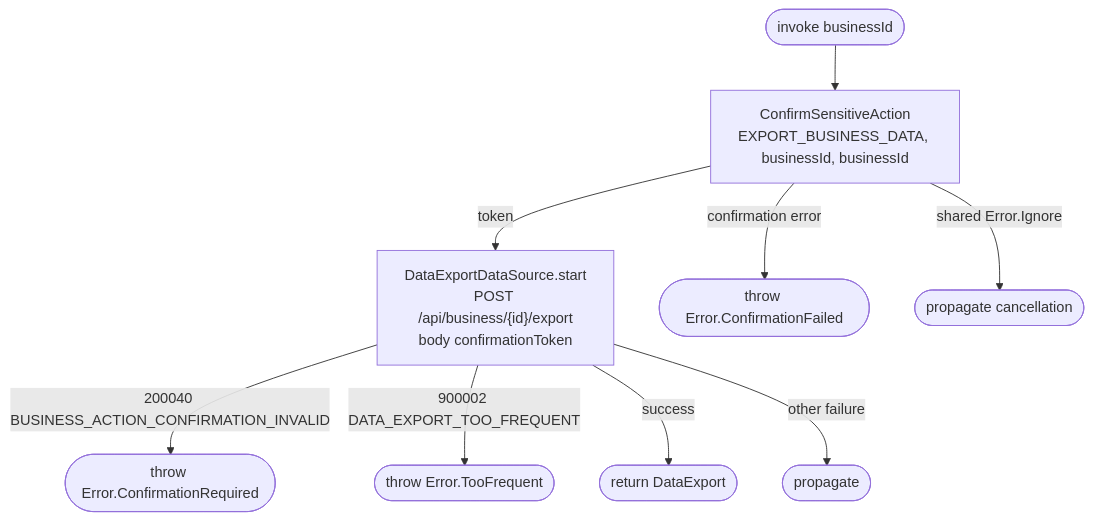
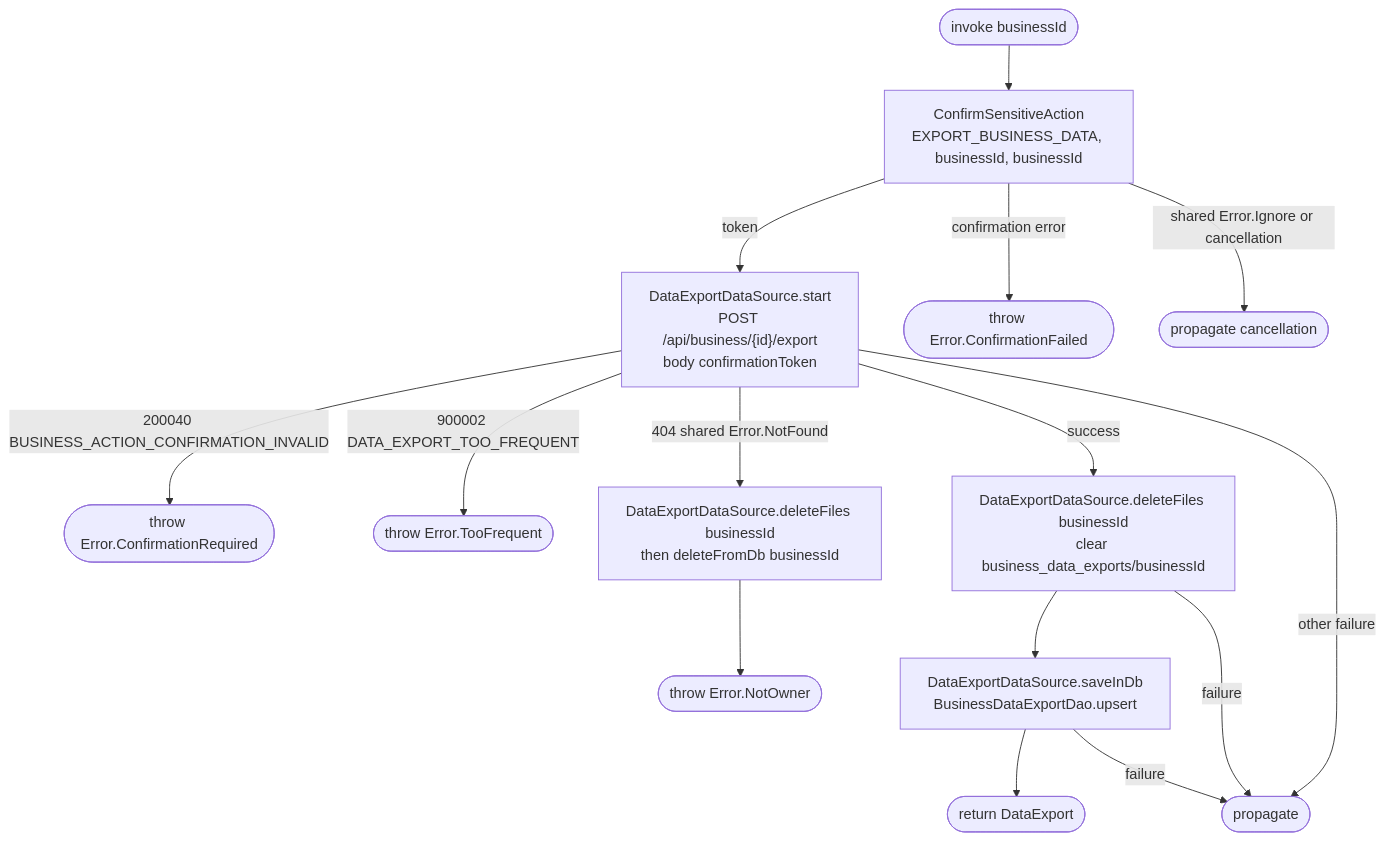
Before and after one commit to nocturneproperties/bookkme-client: the diagram in docs/operations/business/start-business-data-export.md, drawn with Mermaid. The commit also changed other lines of this file and 81 other files, not shown here.

Commit message:
[ISSUE-132] business data export

````diff
--- a/docs/operations/business/start-business-data-export.md
+++ b/docs/operations/business/start-business-data-export.md
@@ -7,11 +7,17 @@
 ```mermaid
 flowchart TD
     Start([invoke businessId]) --> Confirm[ConfirmSensitiveAction<br/>EXPORT_BUSINESS_DATA, businessId, businessId]
     Confirm -- token --> Net["DataExportDataSource.start<br/>POST /api/business/{id}/export<br/>body confirmationToken"]
     Confirm -- confirmation error --> Failed([throw Error.ConfirmationFailed])
-    Confirm -- shared Error.Ignore --> Cancel([propagate cancellation])
+    Confirm -- shared Error.Ignore or cancellation --> Cancel([propagate cancellation])
     Net -- 200040 BUSINESS_ACTION_CONFIRMATION_INVALID --> Expired([throw Error.ConfirmationRequired])
     Net -- 900002 DATA_EXPORT_TOO_FREQUENT --> Limit([throw Error.TooFrequent])
-    Net -- success --> R([return DataExport])
+    Net -- 404 shared Error.NotFound --> Forget[DataExportDataSource.deleteFiles businessId<br/>then deleteFromDb businessId]
+    Forget --> NotOwner([throw Error.NotOwner])
+    Net -- success --> Prune[DataExportDataSource.deleteFiles businessId<br/>clear business_data_exports/businessId]
+    Prune --> Save[DataExportDataSource.saveInDb<br/>BusinessDataExportDao.upsert]
+    Save --> R([return DataExport])
     Net -- other failure --> Other([propagate])
+    Prune -- failure --> Other
+    Save -- failure --> Other
 ```
````
